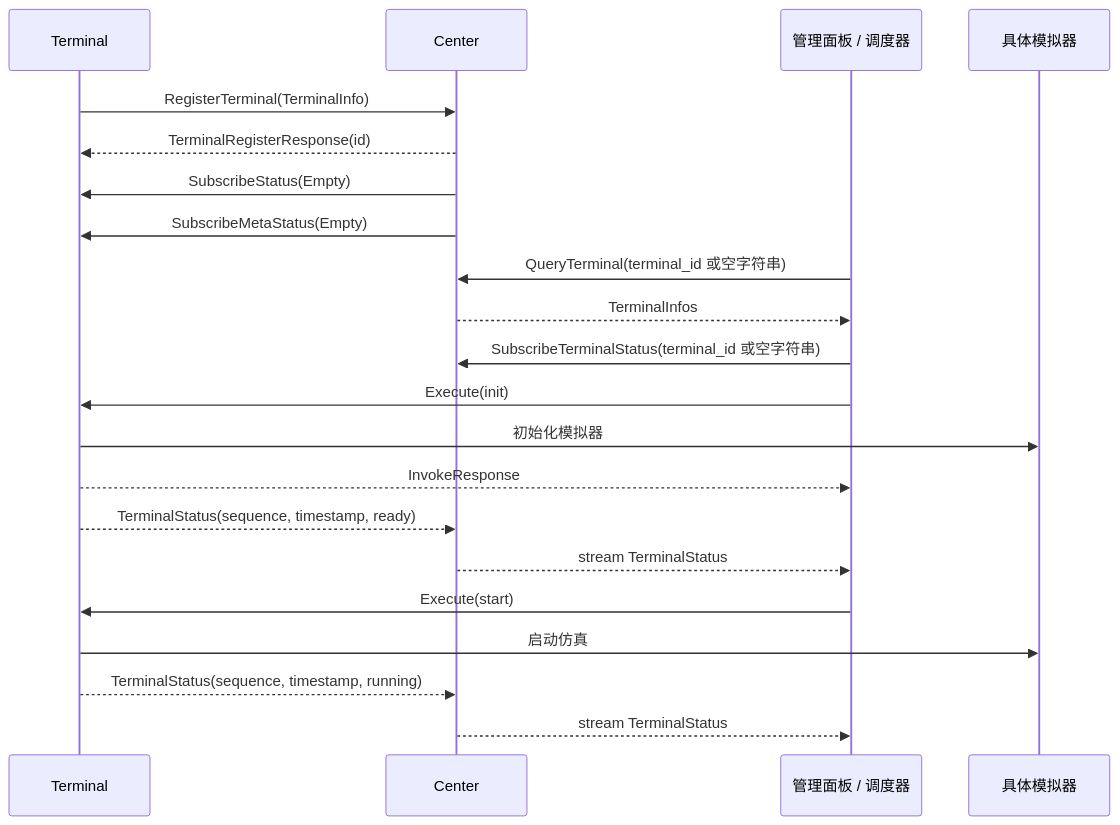
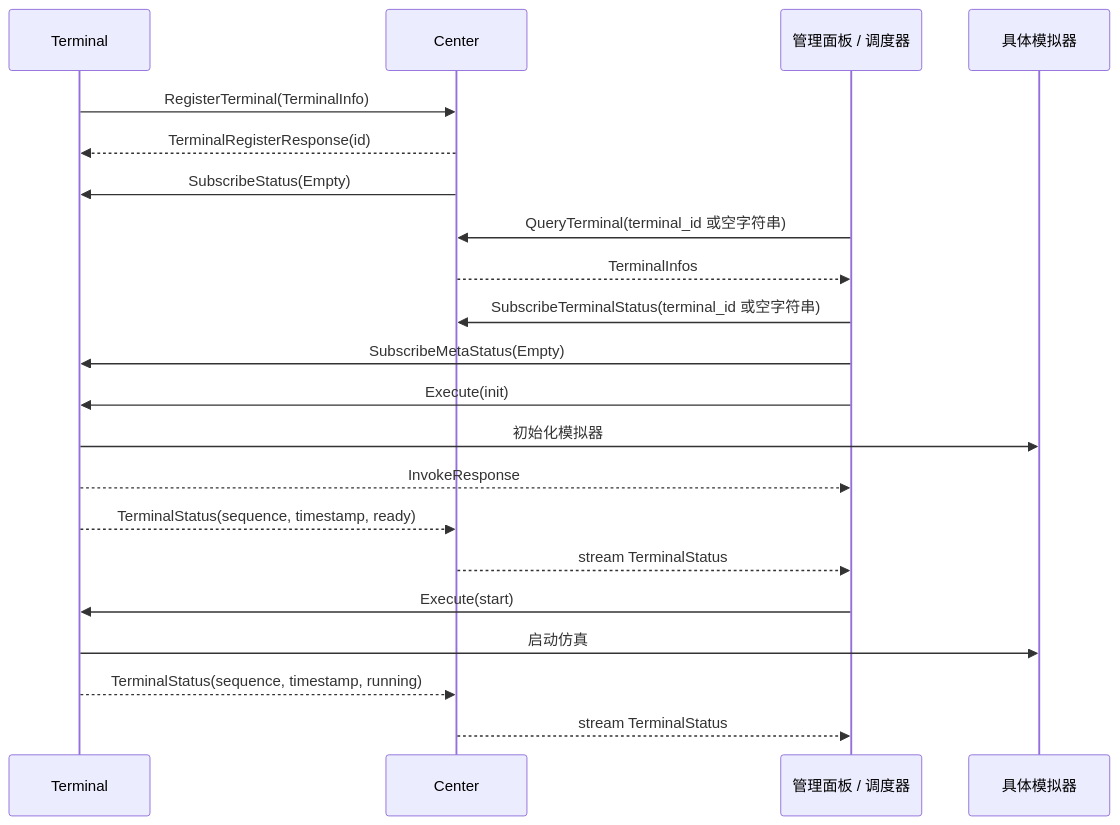
One commit to Aniakea/vannessa changed the second of 3 diagrams in source/_posts/关于飞行仿真控制系统设计的思考.md. Above: the diagram before and after it, drawn with Mermaid. The commit also changed other lines of this file, not shown here.

````diff
--- a/source/_posts/关于飞行仿真控制系统设计的思考.md
+++ b/source/_posts/关于飞行仿真控制系统设计的思考.md
@@ -208,24 +210,24 @@
 ```mermaid
 sequenceDiagram
     participant T as Terminal
     participant C as Center
     participant P as 管理面板 / 调度器
     participant S as 具体模拟器
 
     T->>C: RegisterTerminal(TerminalInfo)
     C-->>T: TerminalRegisterResponse(id)
     C->>T: SubscribeStatus(Empty)
-    C->>T: SubscribeMetaStatus(Empty)
     P->>C: QueryTerminal(terminal_id 或空字符串)
     C-->>P: TerminalInfos
     P->>C: SubscribeTerminalStatus(terminal_id 或空字符串)
+    P->>T: SubscribeMetaStatus(Empty)
     P->>T: Execute(init)
     T->>S: 初始化模拟器
     T-->>P: InvokeResponse
     T-->>C: TerminalStatus(sequence, timestamp, ready)
     C-->>P: stream TerminalStatus
     P->>T: Execute(start)
     T->>S: 启动仿真
     T-->>C: TerminalStatus(sequence, timestamp, running)
     C-->>P: stream TerminalStatus
 ```
````
